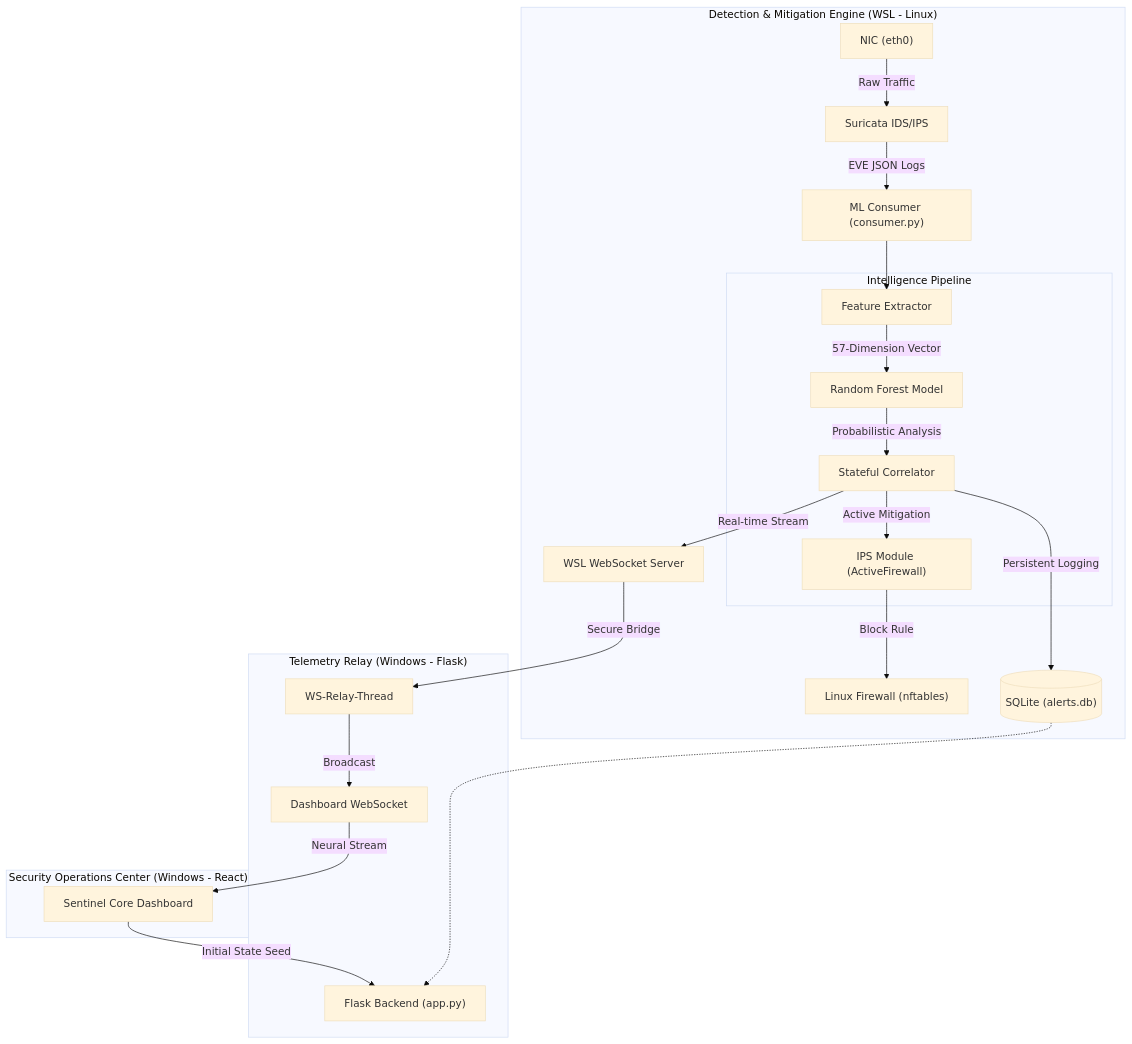
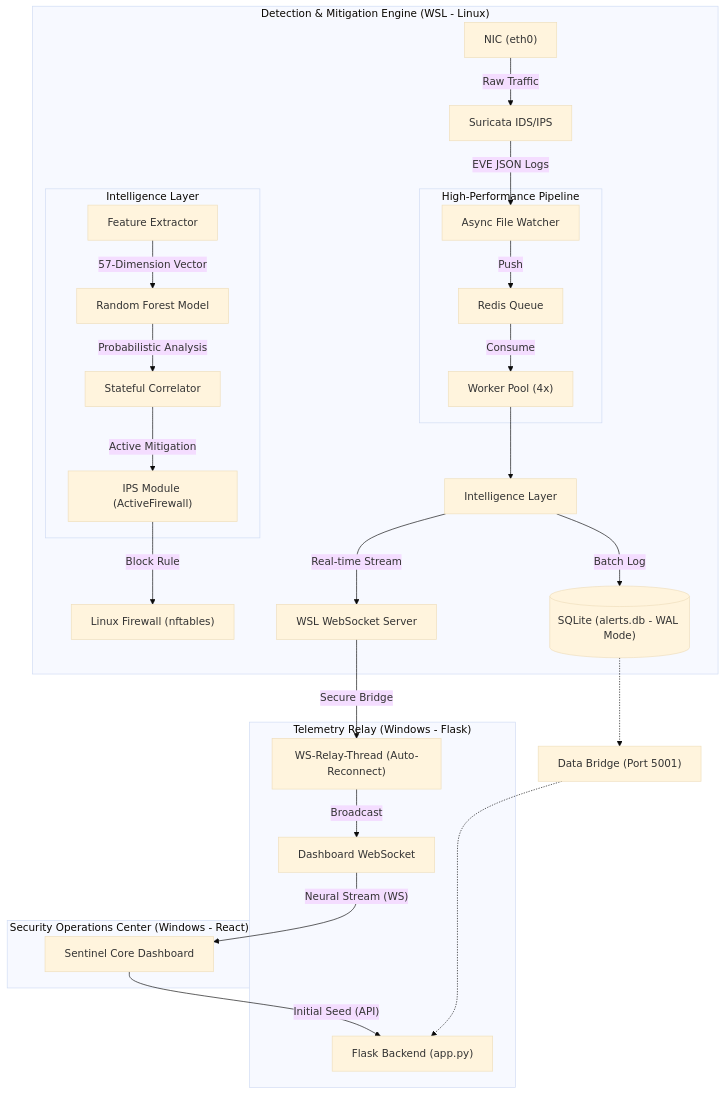
One commit to Priyadarshini-L-215/Hybrid-IDS-SDN changed the diagram in SYSTEM_ARCHITECTURE.md. Above: the diagram before and after it, drawn with Mermaid (base theme). The commit also changed other lines of this file and 29 other files, not shown here.

First line of the commit message:
Refactor WebSocket handling and improve error management

````diff
--- a/SYSTEM_ARCHITECTURE.md
+++ b/SYSTEM_ARCHITECTURE.md
@@ -9,34 +9,40 @@
 ```mermaid
 graph TD
     subgraph "Detection & Mitigation Engine (WSL - Linux)"
         NIC["NIC (eth0)"] -- "Raw Traffic" --> Suricata["Suricata IDS/IPS"]
-        Suricata -- "EVE JSON Logs" --> Consumer["ML Consumer (consumer.py)"]
+        Suricata -- "EVE JSON Logs" --> Watcher["Async File Watcher"]
+        
+        subgraph "High-Performance Pipeline"
+            Watcher -- "Push" --> Redis["Redis Queue"]
+            Redis -- "Consume" --> Workers["Worker Pool (4x)"]
+        end
 
-        subgraph "Intelligence Pipeline"
+        subgraph "Intelligence Layer"
             FE["Feature Extractor"] -- "57-Dimension Vector" --> RF["Random Forest Model"]
             RF -- "Probabilistic Analysis" --> SC["Stateful Correlator"]
             SC -- "Active Mitigation" --> IPS["IPS Module (ActiveFirewall)"]
         end
 
-        Consumer --> FE
+        Workers --> Intelligence["Intelligence Layer"]
         IPS -- "Block Rule" --> FW["Linux Firewall (nftables)"]
-        SC -- "Persistent Logging" --> SQLite[("SQLite (alerts.db)")]
-        SC -- "Real-time Stream" --> WS_Server["WSL WebSocket Server"]
+        Intelligence -- "Batch Log" --> SQLite[("SQLite (alerts.db - WAL Mode)")]
+        Intelligence -- "Real-time Stream" --> WS_Server["WSL WebSocket Server"]
     end
 
     subgraph "Telemetry Relay (Windows - Flask)"
         Flask["Flask Backend (app.py)"]
-        Relay["WS-Relay-Thread"]
+        Relay["WS-Relay-Thread (Auto-Reconnect)"]
 
         WS_Server -- "Secure Bridge" --> Relay
         Relay -- "Broadcast" --> Dash_WS["Dashboard WebSocket"]
     end
 
     subgraph "Security Operations Center (Windows - React)"
         UI["Sentinel Core Dashboard"]
-        UI -- "Initial State Seed" --> Flask
-        Dash_WS -- "Neural Stream" --> UI
+        UI -- "Initial Seed (API)" --> Flask
+        Dash_WS -- "Neural Stream (WS)" --> UI
     end
 
-    SQLite -.-> Flask
+    SQLite -.-> Flask_API["Data Bridge (Port 5001)"]
+    Flask_API -.-> Flask
 ```
````
